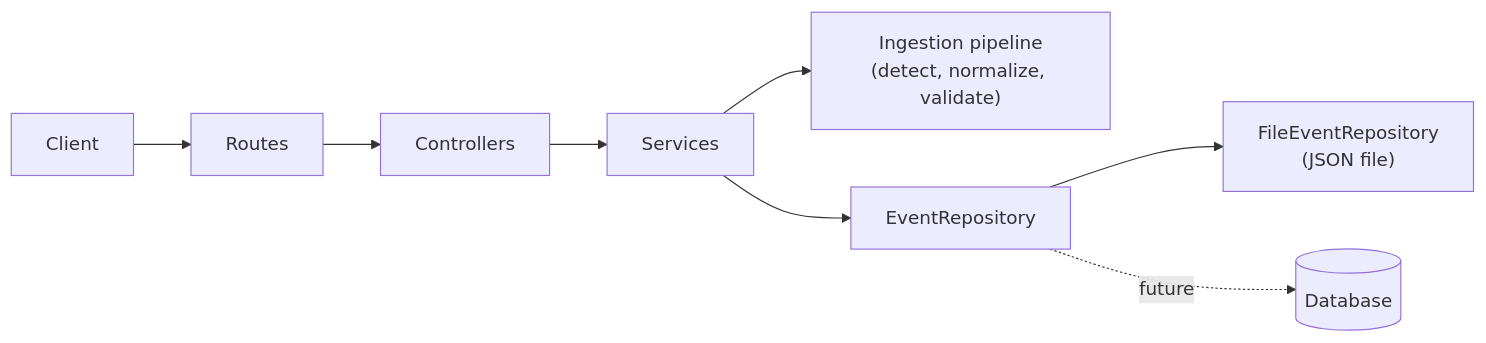
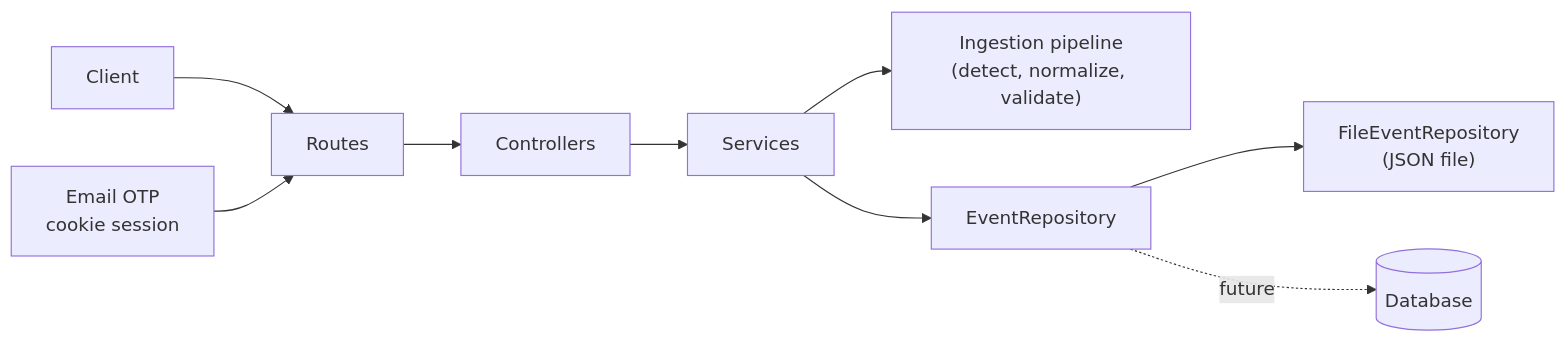
Before and after one commit to jdtreffert/evp-first-platform: the diagram in backend/docs/architecture.md, drawn with Mermaid. The commit also changed other lines of this file and 57 other files, not shown here.

````diff
--- a/backend/docs/architecture.md
+++ b/backend/docs/architecture.md
@@ -10,8 +10,9 @@
 ```mermaid
 flowchart LR
   Client --> Routes --> Controllers --> Services
+  Auth["Email OTP<br/>cookie session"] --> Routes
   Services --> Ingestion["Ingestion pipeline<br/>(detect, normalize, validate)"]
   Services --> Repo["EventRepository"]
   Repo --> File["FileEventRepository<br/>(JSON file)"]
   Repo -.future.-> DB[("Database")]
 ```
````
